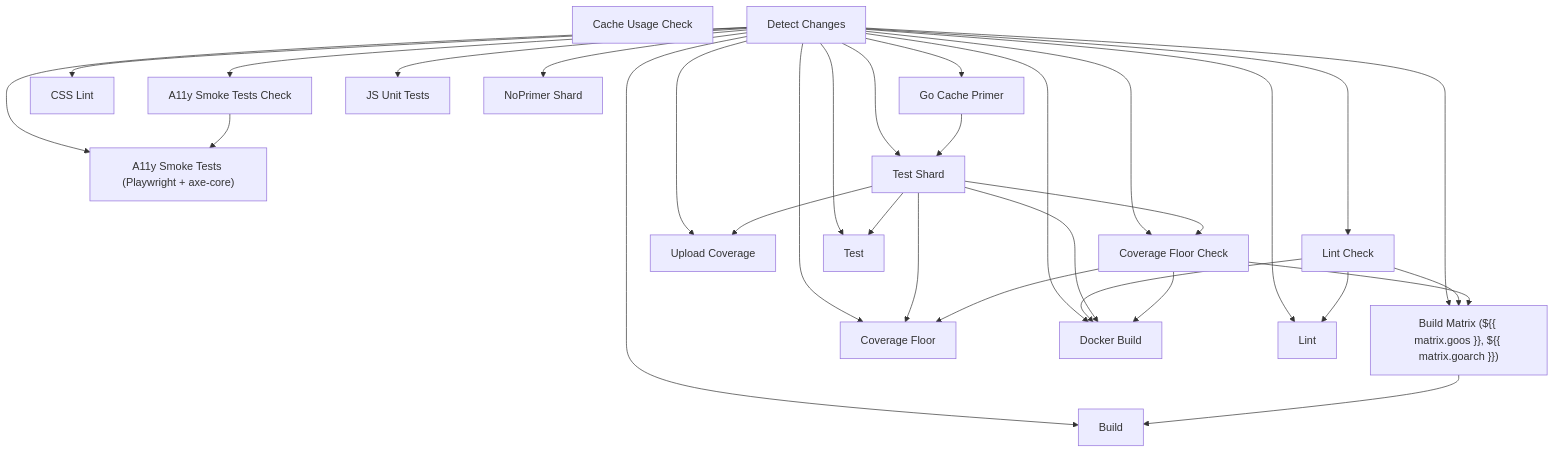
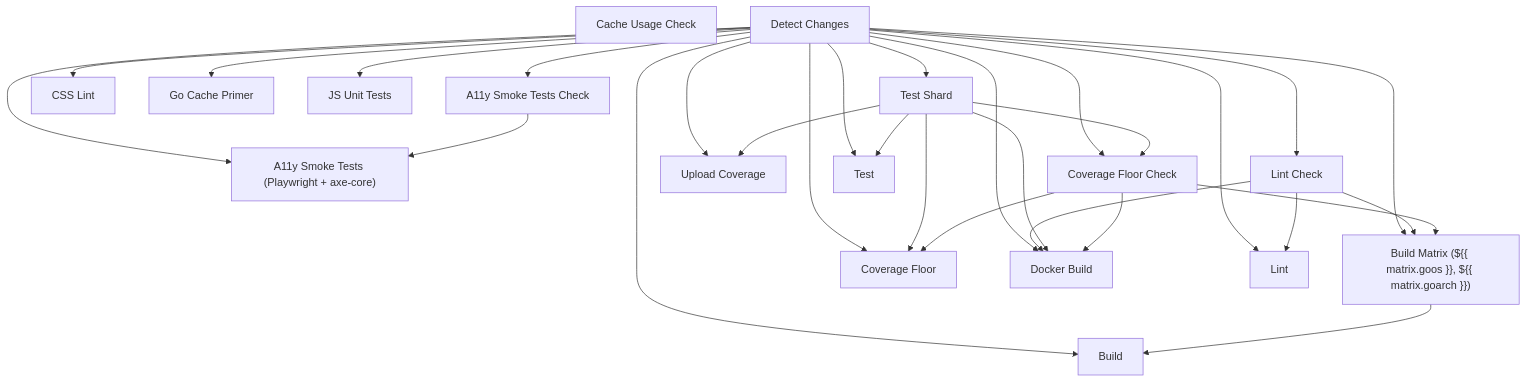
Before and after one commit to sydlexius/stillwater: the diagram in docs/_generated/ci-reference.md, drawn with Mermaid. The commit also changed 1 other file, not shown here.

Commit message:
ci: EXPERIMENT -- measure the proposed push-only primer config (#2829)
Removes the temporary `test-noprimer` matrix and applies the actual proposed
change, so this run measures the config on its own with NO duplicate matrix
competing for runner slots.

That contention was not incidental. In run 30229982304 the 5 duplicate shards
inflated the primer itself from its usual 105-145s to 218s, which in turn
pushed every primed shard's start to t+236s. The within-run shard-vs-shard
comparison stays valid (both arms ran under the same contention), but the
run's WALL CLOCK is not a usable read on either config. This run fixes that.

Changes:
- go-cache-primer: gated to github.event_name == 'push'. On a PR the shards
  warm from restore-keys; on push-to-main it runs off the critical path and
  publishes the entry those PRs restore from.
- test: needs [changes] instead of [changes, go-cache-primer], so the shard
  matrix starts at t=0 alongside lint rather than behind the primer.

Still EXPERIMENTAL and still do-not-merge: the temporary comment-only edit to
internal/maintenance/dupimage_counts.go is still present to force code=true.

````diff
--- a/docs/_generated/ci-reference.md
+++ b/docs/_generated/ci-reference.md
@@ -9,52 +9,49 @@
 ```mermaid
 flowchart TD
     a11y_summary["A11y Smoke Tests (Playwright + axe-core)"]
     a11y_test["A11y Smoke Tests Check"]
     build["Build"]
     build_matrix["Build Matrix (${{ matrix.goos }}, ${{ matrix.goarch }})"]
     cache_usage["Cache Usage Check"]
     changes["Detect Changes"]
     coverage_floor["Coverage Floor Check"]
     coverage_floor_summary["Coverage Floor"]
     coverage_upload["Upload Coverage"]
     css_lint["CSS Lint"]
     docker["Docker Build"]
     go_cache_primer["Go Cache Primer"]
     js_test["JS Unit Tests"]
     lint["Lint Check"]
     lint_summary["Lint"]
     test["Test Shard"]
-    test_noprimer["NoPrimer Shard"]
     test_summary["Test"]
 
     changes --> a11y_summary
     a11y_test --> a11y_summary
     changes --> a11y_test
     changes --> build
     build_matrix --> build
     changes --> build_matrix
     lint --> build_matrix
     coverage_floor --> build_matrix
     changes --> coverage_floor
     test --> coverage_floor
     changes --> coverage_floor_summary
     test --> coverage_floor_summary
     coverage_floor --> coverage_floor_summary
     changes --> coverage_upload
     test --> coverage_upload
     changes --> css_lint
     changes --> docker
     lint --> docker
     test --> docker
     coverage_floor --> docker
     changes --> go_cache_primer
     changes --> js_test
     changes --> lint
     changes --> lint_summary
     lint --> lint_summary
     changes --> test
-    go_cache_primer --> test
-    changes --> test_noprimer
     changes --> test_summary
     test --> test_summary
 ```
````
